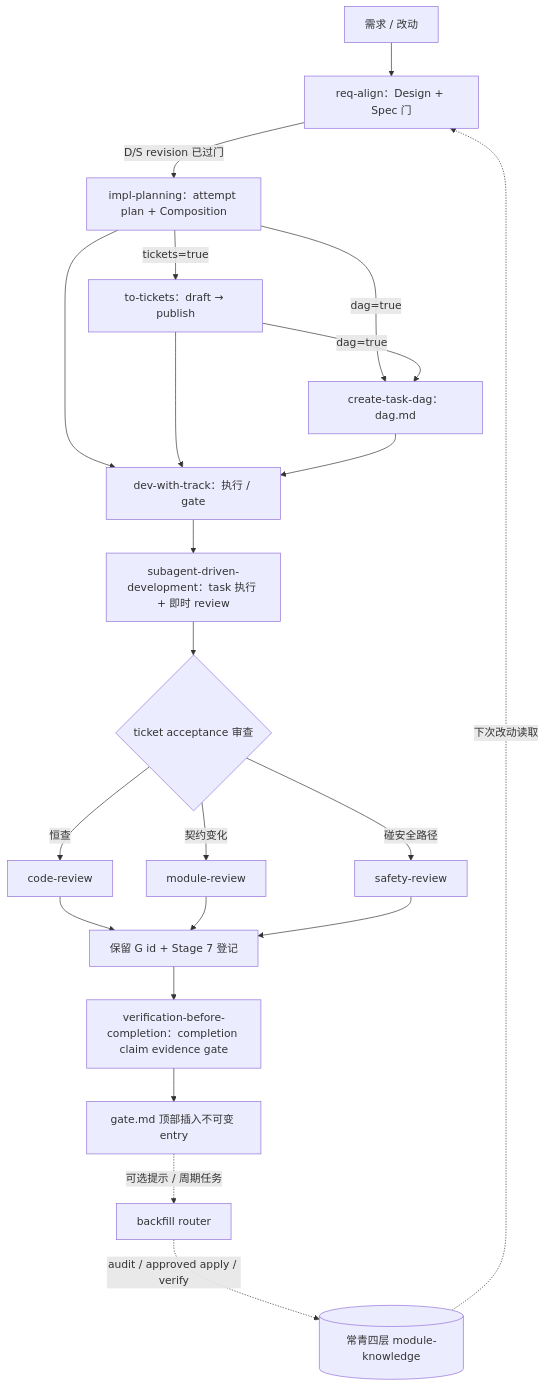
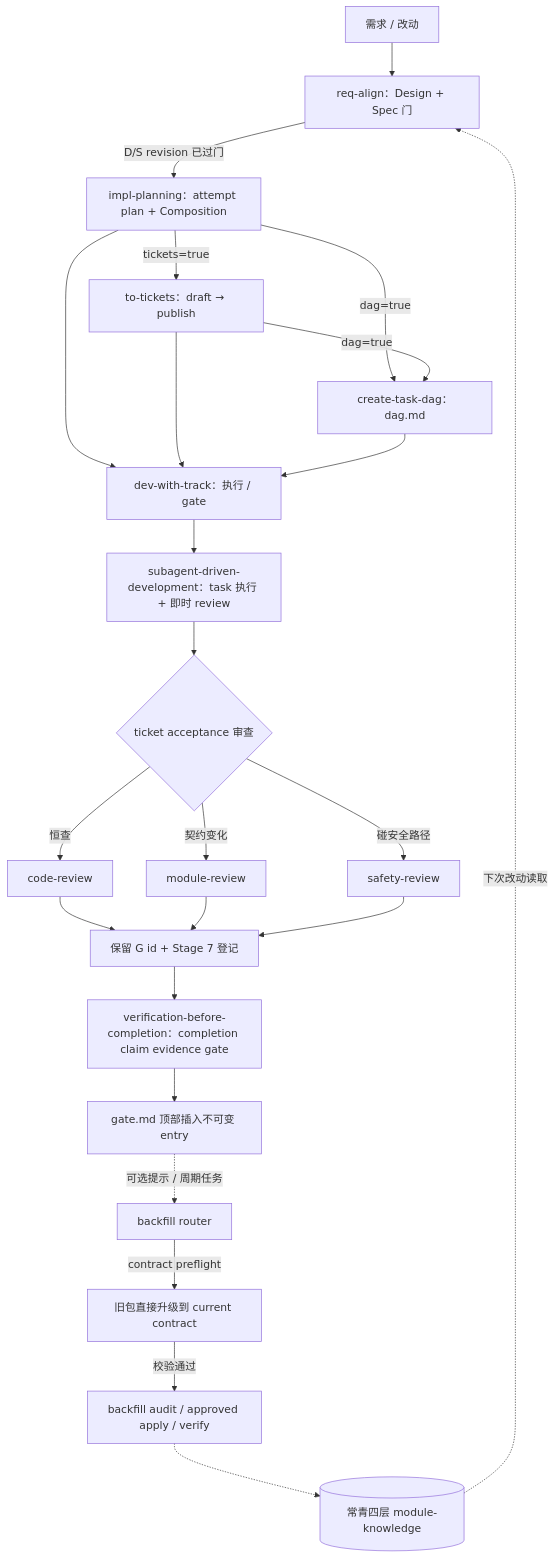
One commit to fangxiao-dev/agent-workbench changed the diagram in skills/impl-package/SKILL.md. Above: the diagram before and after it, drawn with Mermaid. The commit also changed other lines of this file and 44 other files, not shown here.

First line of the commit message:
feat(impl-package): adopt current-only contract 3.1

````diff
--- a/skills/impl-package/SKILL.md
+++ b/skills/impl-package/SKILL.md
@@ -24,24 +24,26 @@
 ```mermaid
 flowchart TD
     Req[需求 / 改动] --> RA[req-align：Design + Spec 门]
     RA -->|D/S revision 已过门| PL[impl-planning：attempt plan + Composition]
     PL -->|tickets=true| TK[to-tickets：draft → publish]
     PL -->|dag=true| DG[create-task-dag：dag.md]
     TK -->|dag=true| DG
     PL --> EX[dev-with-track：执行 / gate]
     TK --> EX
     DG --> EX
     EX --> SD[subagent-driven-development：task 执行 + 即时 review]
     SD --> RV{ticket acceptance 审查}
     RV -->|恒查| CR[code-review]
     RV -->|契约变化| MR[module-review]
     RV -->|碰安全路径| SR[safety-review]
     CR --> CAP[保留 G id + Stage 7 登记]
     MR --> CAP
     SR --> CAP
     CAP --> VC[verification-before-completion：completion claim evidence gate]
     VC --> GT[gate.md 顶部插入不可变 entry]
     GT -. 可选提示 / 周期任务 .-> BF[backfill router]
-    BF -. audit / approved apply / verify .-> EV[(常青四层 module-knowledge)]
+    BF -->|contract preflight| UP[旧包直接升级到 current contract]
+    UP -->|校验通过| BF2[backfill audit / approved apply / verify]
+    BF2 -.-> EV[(常青四层 module-knowledge)]
     EV -. 下次改动读取 .-> RA
 ```
````
